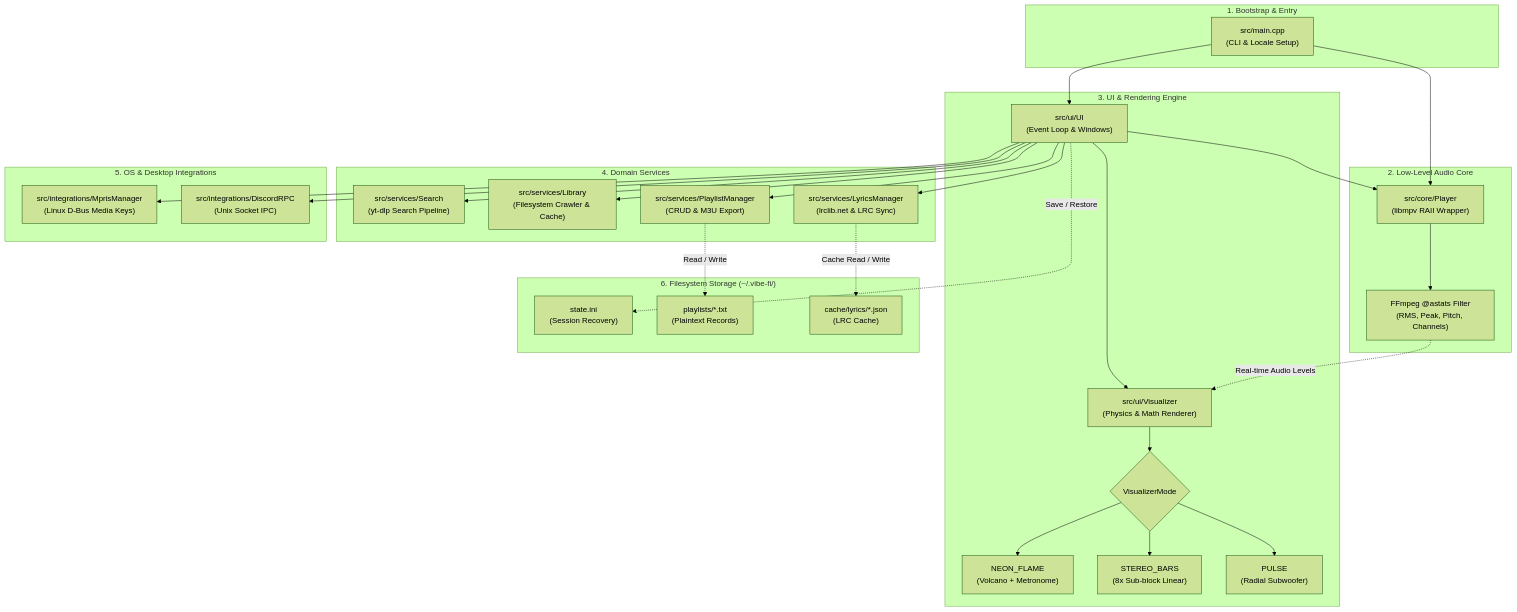
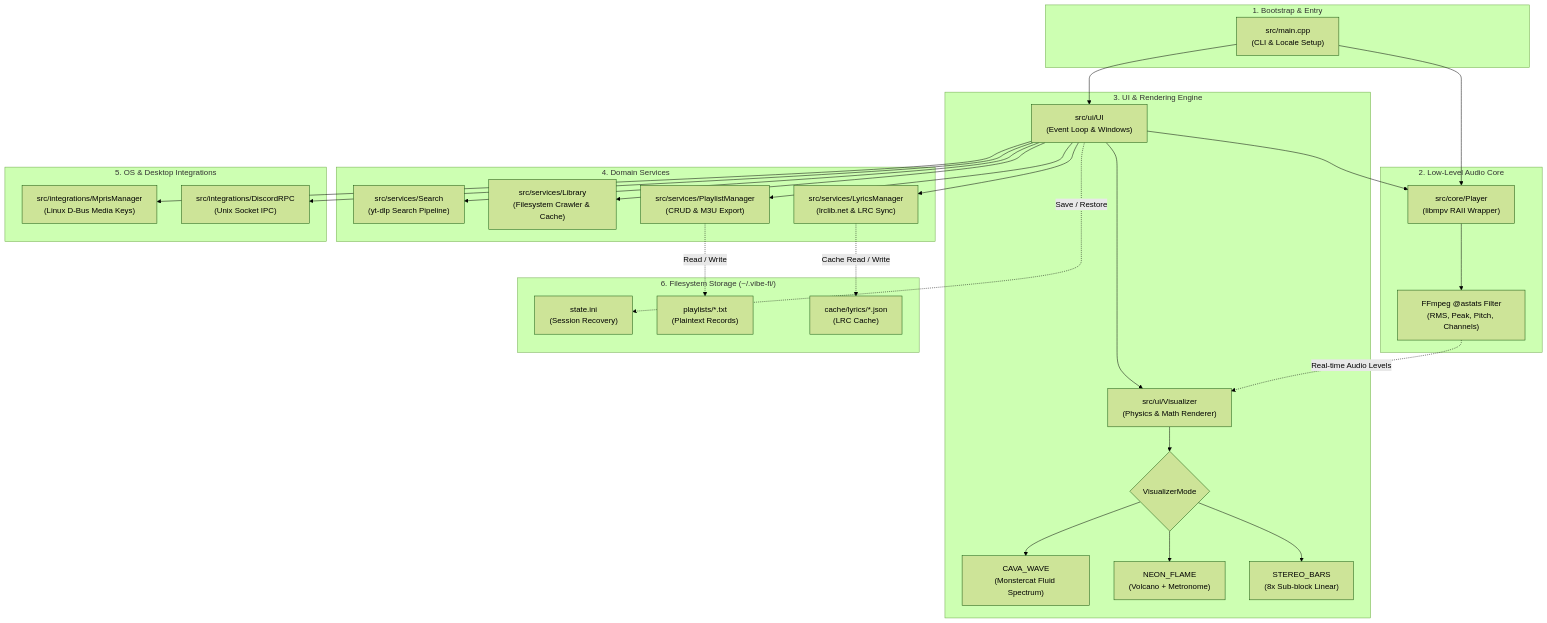
One commit to Swadesh-c0de/vibe-fi changed the diagram in ARCHITECTURE.md. Above: the diagram before and after it, drawn with Mermaid (forest theme). The commit also changed other lines of this file and 3 other files, not shown here.

Commit message:
docs: update documentation, architecture diagrams, and agent invariants

````diff
--- a/ARCHITECTURE.md
+++ b/ARCHITECTURE.md
@@ -235,65 +265,65 @@
 ```mermaid
 graph TD
     subgraph BOOTSTRAP ["1. Bootstrap & Entry"]
         MAIN["src/main.cpp<br/>(CLI & Locale Setup)"]
     end
 
     subgraph AUDIO_CORE ["2. Low-Level Audio Core"]
         PLAYER["src/core/Player<br/>(libmpv RAII Wrapper)"]
         ASTATS["FFmpeg @astats Filter<br/>(RMS, Peak, Pitch, Channels)"]
         PLAYER --> ASTATS
     end
 
     subgraph UI_ENGINE ["3. UI & Rendering Engine"]
         UI["src/ui/UI<br/>(Event Loop & Windows)"]
         VISUALIZER["src/ui/Visualizer<br/>(Physics & Math Renderer)"]
         
         MODES{"VisualizerMode"}
+        CAVA["CAVA_WAVE<br/>(Monstercat Fluid Spectrum)"]
         NEON["NEON_FLAME<br/>(Volcano + Metronome)"]
         BARS["STEREO_BARS<br/>(8x Sub-block Linear)"]
-        PULSE["PULSE<br/>(Radial Subwoofer)"]
         
+        MODES --> CAVA
         MODES --> NEON
         MODES --> BARS
-        MODES --> PULSE
         VISUALIZER --> MODES
         UI --> VISUALIZER
     end
 
     subgraph SERVICES ["4. Domain Services"]
         SEARCH["src/services/Search<br/>(yt-dlp Search Pipeline)"]
         LIBRARY["src/services/Library<br/>(Filesystem Crawler & Cache)"]
         PLAYLISTS["src/services/PlaylistManager<br/>(CRUD & M3U Export)"]
         LYRICS["src/services/LyricsManager<br/>(lrclib.net & LRC Sync)"]
     end
 
     subgraph INTEGRATIONS ["5. OS & Desktop Integrations"]
         MPRIS["src/integrations/MprisManager<br/>(Linux D-Bus Media Keys)"]
         DISCORD["src/integrations/DiscordRPC<br/>(Unix Socket IPC)"]
     end
 
     subgraph STORAGE ["6. Filesystem Storage (~/.vibe-fi/)"]
         STATE_INI["state.ini<br/>(Session Recovery)"]
         PLAYLIST_FILES["playlists/*.txt<br/>(Plaintext Records)"]
         LYRICS_CACHE["cache/lyrics/*.json<br/>(LRC Cache)"]
     end
 
     %% Connections
     MAIN --> PLAYER
     MAIN --> UI
     
     UI --> PLAYER
     ASTATS -.->|Real-time Audio Levels| VISUALIZER
     
     UI --> SEARCH
     UI --> LIBRARY
     UI --> PLAYLISTS
     UI --> LYRICS
     
     UI --> MPRIS
     UI --> DISCORD
     
     UI -.->|Save / Restore| STATE_INI
     PLAYLISTS -.->|Read / Write| PLAYLIST_FILES
     LYRICS -.->|Cache Read / Write| LYRICS_CACHE
 ```
````
